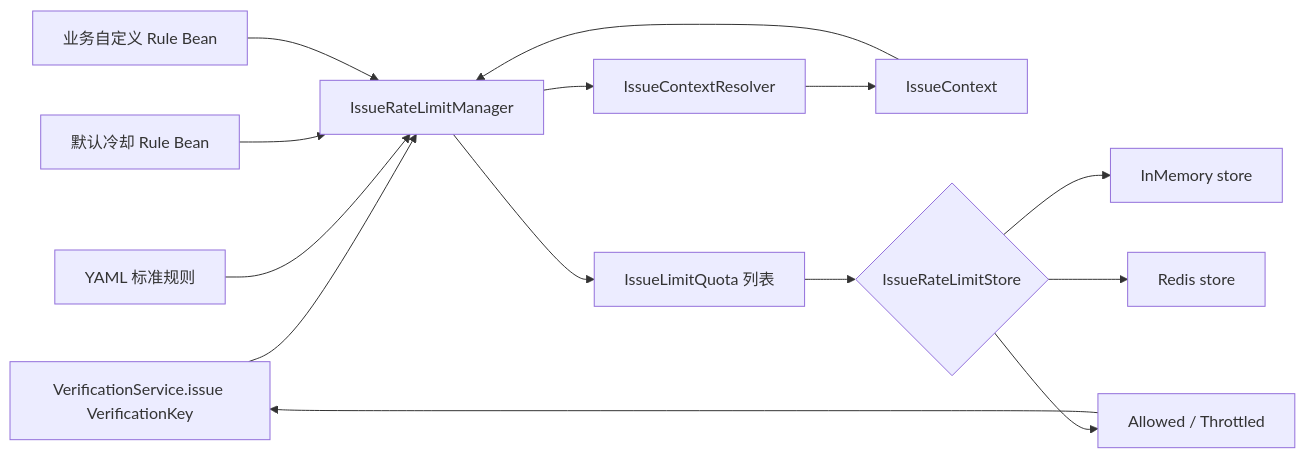
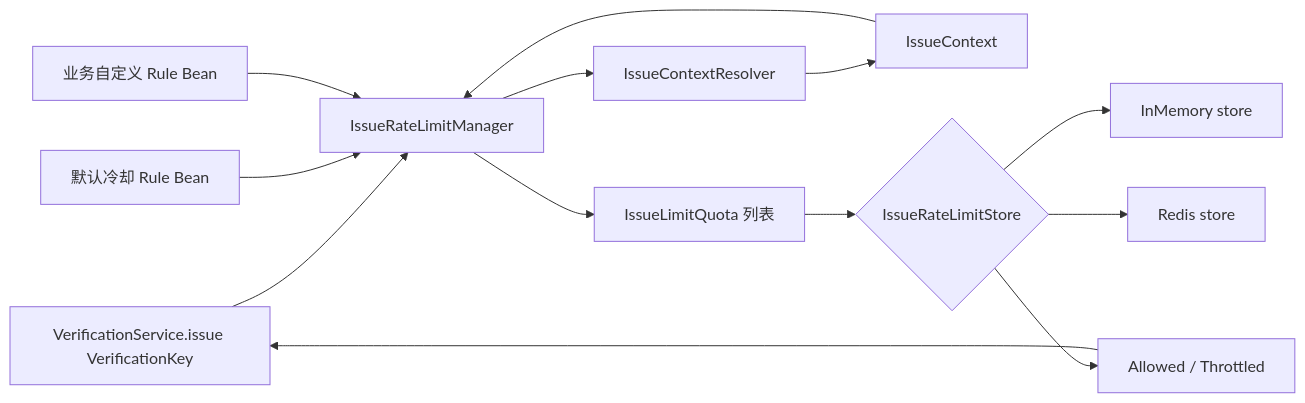
The first of 2 diagrams in ringo-boot-verification/src/main/java/io/github/ringotangs/ringoboot/verification/limit/README.md (RingoTangs/ringo-boot), drawn with Mermaid before and after one commit. The commit also changed other lines of this file and 9 other files, not shown here.

````diff
--- a/ringo-boot-verification/src/main/java/io/github/ringotangs/ringoboot/verification/limit/README.md
+++ b/ringo-boot-verification/src/main/java/io/github/ringotangs/ringoboot/verification/limit/README.md
@@ -10,16 +10,15 @@
 ```mermaid
 flowchart LR
     A[VerificationService.issue VerificationKey] --> C[IssueRateLimitManager]
     C --> B[IssueContextResolver]
     B --> I[IssueContext]
     I --> C
-    R1[YAML 标准规则] --> C
-    R2[默认冷却 Rule Bean] --> C
-    R3[业务自定义 Rule Bean] --> C
+    R1[默认冷却 Rule Bean] --> C
+    R2[业务自定义 Rule Bean] --> C
     C --> D[IssueLimitQuota 列表]
     D --> E{IssueRateLimitStore}
     E --> F[InMemory store]
     E --> G[Redis store]
     E --> H[Allowed / Throttled]
     H --> A
 ```
````
